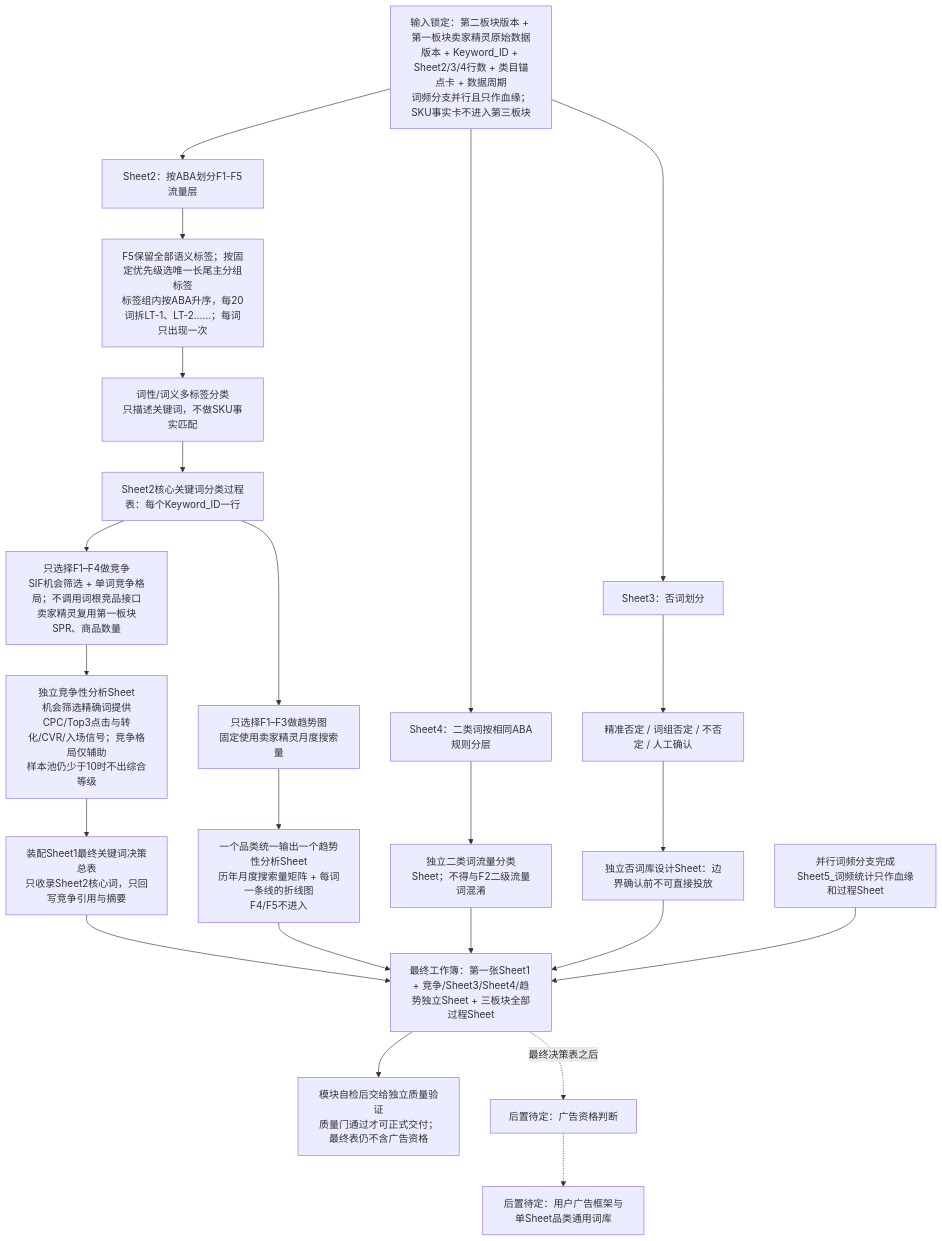
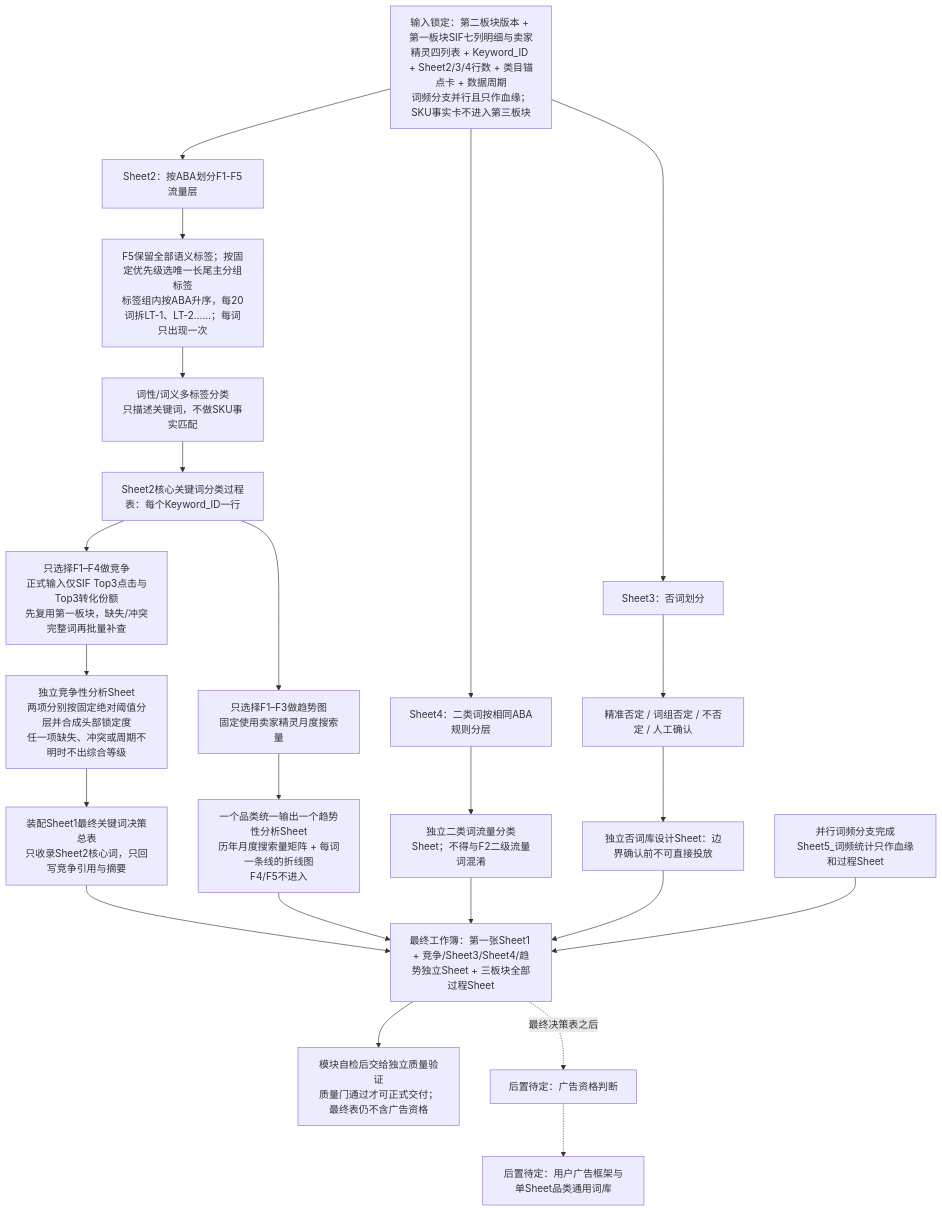
Before and after one commit to Ryanwsq/amazon-keyword-library: the second of 3 diagrams in docs/end-to-end-workflow.md, drawn with Mermaid. The commit also changed other lines of this file and 36 other files, not shown here.

````diff
--- a/docs/end-to-end-workflow.md
+++ b/docs/end-to-end-workflow.md
@@ -481,33 +481,33 @@
 ```mermaid
 flowchart TD
-    A["输入锁定：第二板块版本 + 第一板块卖家精灵原始数据版本 + Keyword_ID + Sheet2/3/4行数 + 类目锚点卡 + 数据周期<br/>词频分支并行且只作血缘；SKU事实卡不进入第三板块"]
+    A["输入锁定：第二板块版本 + 第一板块SIF七列明细与卖家精灵四列表 + Keyword_ID + Sheet2/3/4行数 + 类目锚点卡 + 数据周期<br/>词频分支并行且只作血缘；SKU事实卡不进入第三板块"]
 
     A --> B["Sheet2：按ABA划分F1-F5流量层"]
     B --> C["F5保留全部语义标签；按固定优先级选唯一长尾主分组标签<br/>标签组内按ABA升序，每20词拆LT-1、LT-2……；每词只出现一次"]
     C --> D["词性/词义多标签分类<br/>只描述关键词，不做SKU事实匹配"]
     D --> E["Sheet2核心关键词分类过程表：每个Keyword_ID一行"]
 
     A --> F["Sheet4：二类词按相同ABA规则分层"]
     F --> G["独立二类词流量分类Sheet；不得与F2二级流量词混淆"]
 
     A --> H["Sheet3：否词划分"]
     H --> I["精准否定 / 词组否定 / 不否定 / 人工确认"]
     I --> J["独立否词库设计Sheet：边界确认前不可直接投放"]
 
-    E --> K["只选择F1–F4做竞争<br/>SIF机会筛选 + 单词竞争格局；不调用词根竞品接口<br/>卖家精灵复用第一板块SPR、商品数量"]
-    K --> L["独立竞争性分析Sheet<br/>机会筛选精确词提供CPC/Top3点击与转化/CVR/入场信号；竞争格局仅辅助<br/>样本池仍少于10时不出综合等级"]
+    E --> K["只选择F1–F4做竞争<br/>正式输入仅SIF Top3点击与Top3转化份额<br/>先复用第一板块，缺失/冲突完整词再批量补查"]
+    K --> L["独立竞争性分析Sheet<br/>两项分别按固定绝对阈值分层并合成头部锁定度<br/>任一项缺失、冲突或周期不明时不出综合等级"]
 
     E --> M["只选择F1–F3做趋势图<br/>固定使用卖家精灵月度搜索量"]
     M --> N["一个品类统一输出一个趋势性分析Sheet<br/>历年月度搜索量矩阵 + 每词一条线的折线图<br/>F4/F5不进入"]
 
     L --> O["装配Sheet1最终关键词决策总表<br/>只收录Sheet2核心词，只回写竞争引用与摘要"]
     O --> P["最终工作簿：第一张Sheet1 + 竞争/Sheet3/Sheet4/趋势独立Sheet + 三板块全部过程Sheet"]
     G --> P
     J --> P
     N --> P
     W["并行词频分支完成<br/>Sheet5_词频统计只作血缘和过程Sheet"] --> P
 
     P --> Q["模块自检后交给独立质量验证<br/>质量门通过才可正式交付；最终表仍不含广告资格"]
     P -. "最终决策表之后" .-> R["后置待定：广告资格判断"]
     R -.-> S["后置待定：用户广告框架与单Sheet品类通用词库"]
 ```
````
